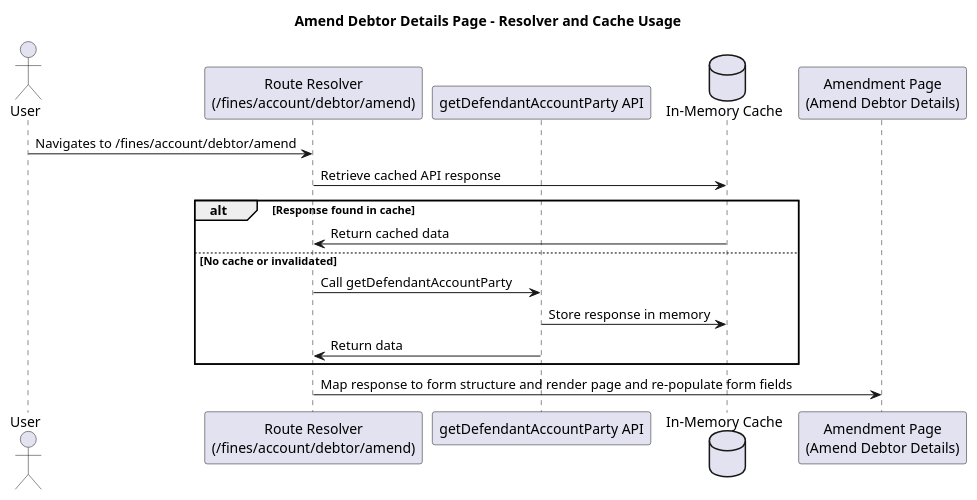
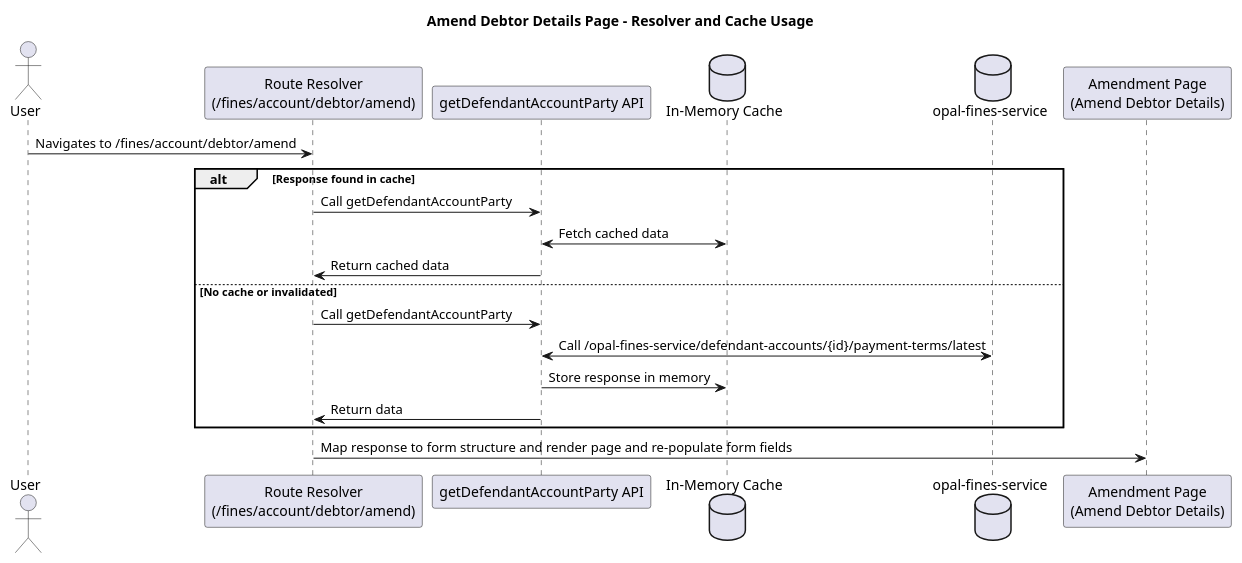
The diagram in plantUML/fae-view-amend-defendant-pg/fae-view-amend-defendant-pg-amendment-pages-ui.puml (hmcts/opal-docs), drawn with PlantUML before and after one commit. The commit also changed 6 other files, not shown here.

Commit message:
Refactor PlantUML diagrams to enhance clarity and consistency in API call and caching flows

```diff
--- a/plantUML/fae-view-amend-defendant-pg/fae-view-amend-defendant-pg-amendment-pages-ui.puml
+++ b/plantUML/fae-view-amend-defendant-pg/fae-view-amend-defendant-pg-amendment-pages-ui.puml
@@ -1,22 +1,25 @@
 @startuml
 title Amend Debtor Details Page - Resolver and Cache Usage
 
 actor User
 participant "Route Resolver\n(/fines/account/debtor/amend)" as Resolver
 participant "getDefendantAccountParty API" as API
 database "In-Memory Cache" as Cache
+database "opal-fines-service" as Backend
 participant "Amendment Page\n(Amend Debtor Details)" as Page
 
 User -> Resolver : Navigates to /fines/account/debtor/amend
-Resolver -> Cache : Retrieve cached API response
 
 alt Response found in cache
-    Cache -> Resolver : Return cached data
+    Resolver -> API : Call getDefendantAccountParty
+    API <-> Cache : Fetch cached data
+    API -> Resolver : Return cached data
 else No cache or invalidated
     Resolver -> API : Call getDefendantAccountParty
+    API <-> Backend : Call /opal-fines-service/defendant-accounts/{id}/payment-terms/latest
     API -> Cache : Store response in memory
     API -> Resolver : Return data
 end
 
 Resolver -> Page : Map response to form structure and render page and re-populate form fields
 @enduml
```
